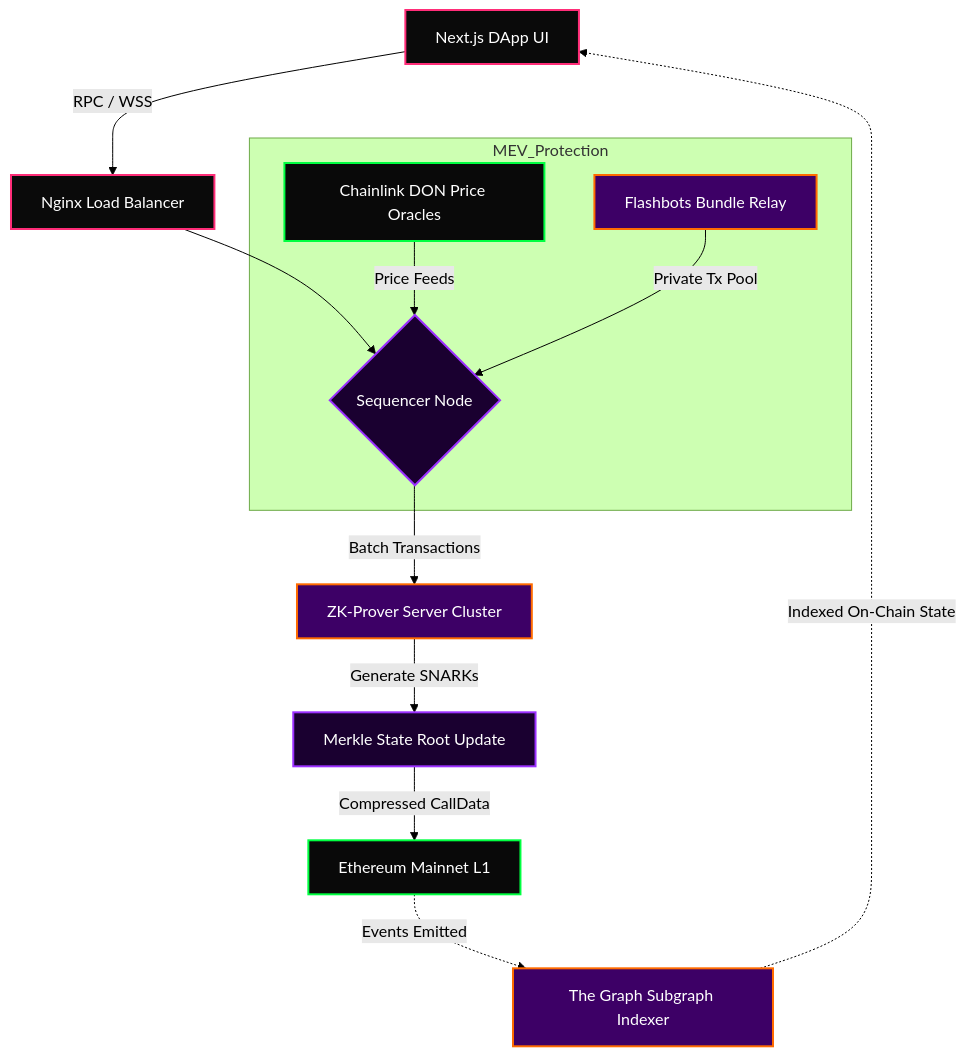
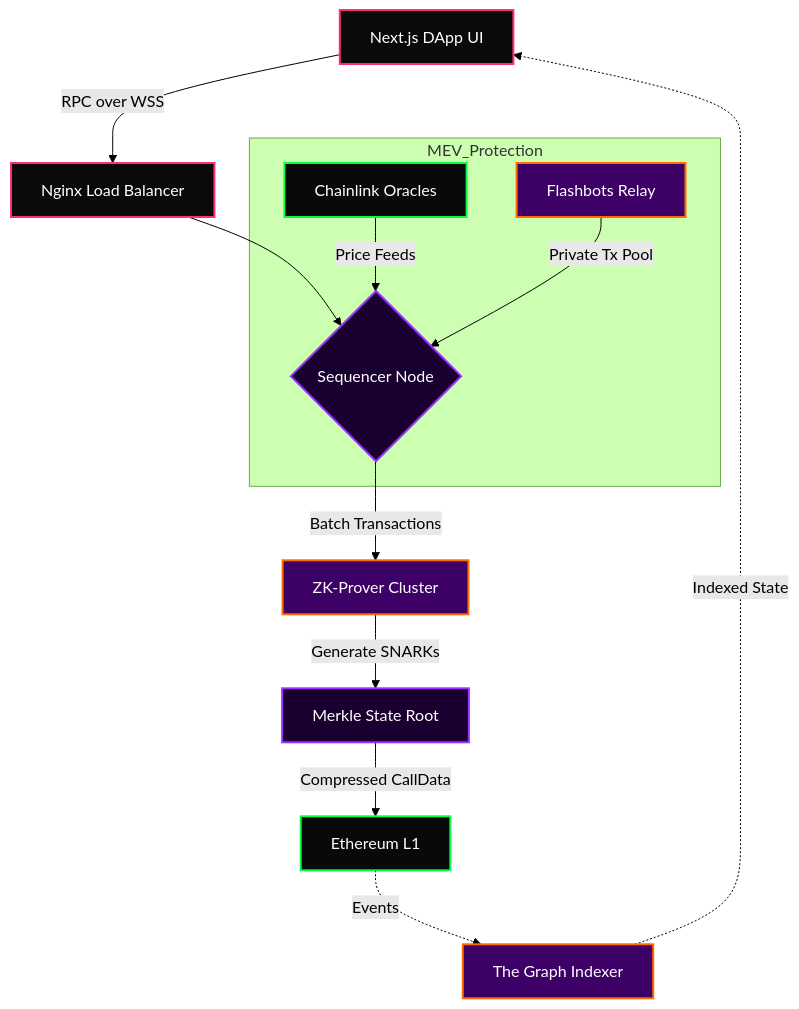
Before and after one commit to NewNexus001/newnexus001: the first of 25 diagrams in README.md, drawn with Mermaid (forest theme). The commit also changed other lines of this file, not shown here.

````diff
--- a/README.md
+++ b/README.md
@@ -116,20 +94,19 @@
 ```mermaid
 graph TD
-    classDef frontend fill:#0a0a0a,stroke:#FF2D78,stroke-width:2px,color:#fff
+    classDef fe fill:#0a0a0a,stroke:#FF2D78,stroke-width:2px,color:#fff
     classDef l2 fill:#1a0030,stroke:#9B30FF,stroke-width:2px,color:#fff
     classDef l1 fill:#090909,stroke:#00FF41,stroke-width:2px,color:#fff
-    classDef offchain fill:#3d0066,stroke:#FF6B00,stroke-width:2px,color:#fff
+    classDef oc fill:#3d0066,stroke:#FF6B00,stroke-width:2px,color:#fff
 
-    A["Next.js DApp UI"]:::frontend -->|RPC / WSS| B["Nginx Load Balancer"]:::frontend
+    A["Next.js DApp UI"]:::fe -->|RPC over WSS| B["Nginx Load Balancer"]:::fe
     B --> C{"Sequencer Node"}:::l2
-    C -->|Batch Transactions| D["ZK-Prover Server Cluster"]:::offchain
-    D -->|Generate SNARKs| E["Merkle State Root Update"]:::l2
-    E -->|Compressed CallData| F["Ethereum Mainnet L1"]:::l1
-    F -.->|Events Emitted| G["The Graph Subgraph Indexer"]:::offchain
-    G -.->|Indexed On-Chain State| A
-
+    C -->|Batch Transactions| D["ZK-Prover Cluster"]:::oc
+    D -->|Generate SNARKs| E["Merkle State Root"]:::l2
+    E -->|Compressed CallData| F["Ethereum L1"]:::l1
+    F -.->|Events| G["The Graph Indexer"]:::oc
+    G -.->|Indexed State| A
     subgraph MEV_Protection
-        H["Chainlink DON Price Oracles"]:::l1 -->|Price Feeds| C
-        I["Flashbots Bundle Relay"]:::offchain -->|Private Tx Pool| C
+        H["Chainlink Oracles"]:::l1 -->|Price Feeds| C
+        I["Flashbots Relay"]:::oc -->|Private Tx Pool| C
     end
 ```
````
